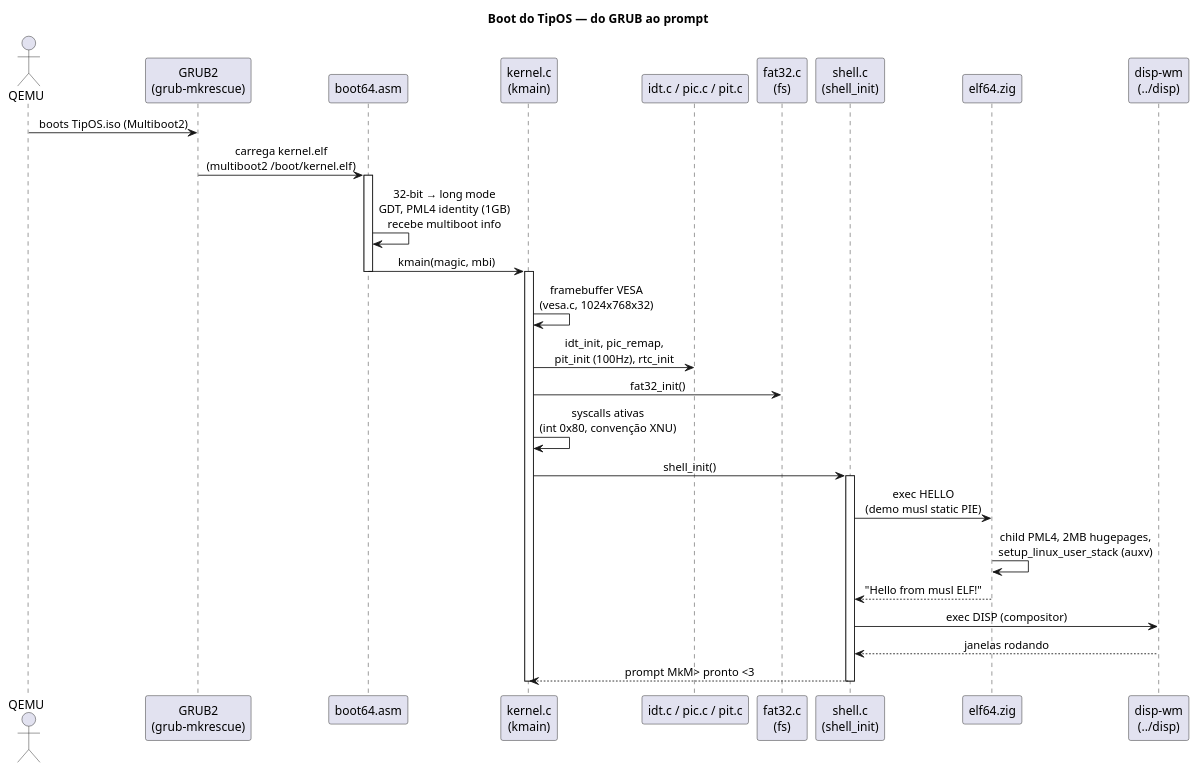
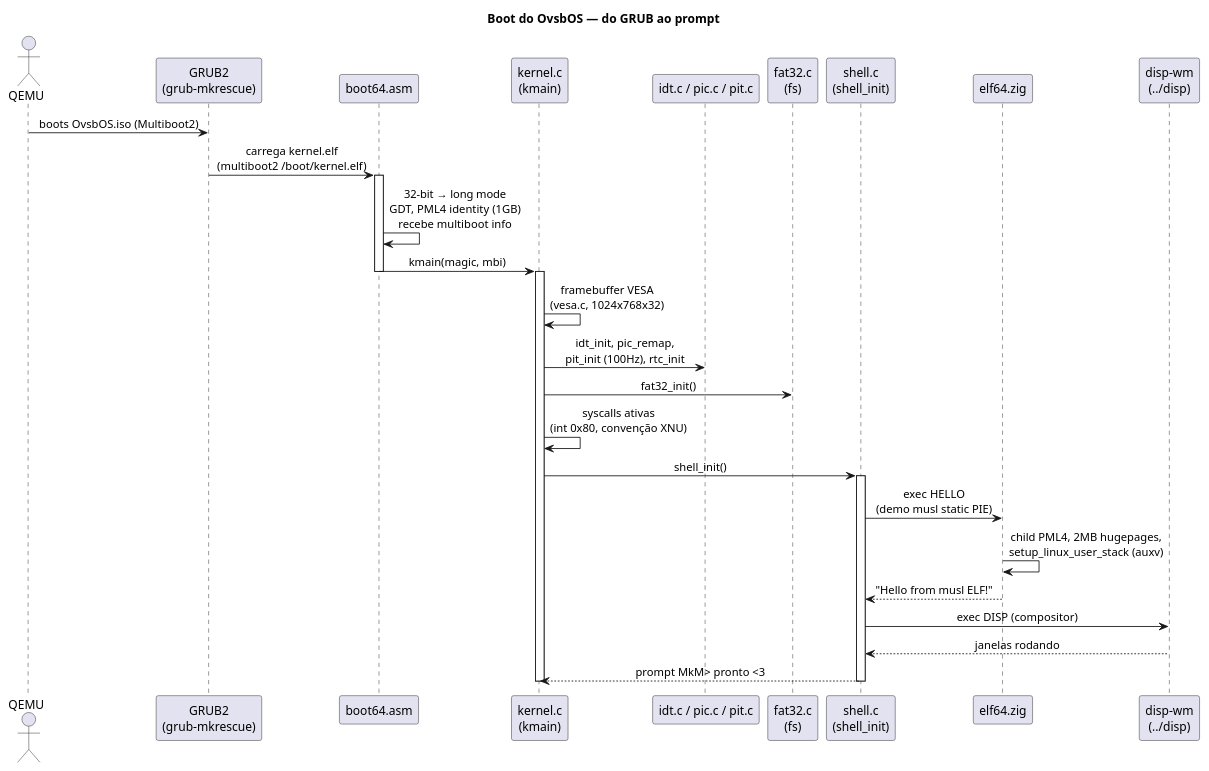
Before and after one commit to Bugs-Appettit-inc/OvsbOs: the diagram in docs/uml/boot.puml, drawn with PlantUML. The commit also changed 49 other files, not shown here.

```diff
--- a/docs/uml/boot.puml
+++ b/docs/uml/boot.puml
@@ -1,43 +1,43 @@
 @startuml
 ' moe moe kyun <3
-' TipOS — sequência de boot
+' OvsbOS — sequência de boot
 ' GRUB2 → boot64.asm → kmain → init completo → shell_init (roda HELLO e DISP)
 
-title Boot do TipOS — do GRUB ao prompt
+title Boot do OvsbOS — do GRUB ao prompt
 
 skinparam shadowing false
 skinparam defaultFontName "SansSerif"
 skinparam sequenceMessageAlign center
 
 actor "QEMU" as qemu
 participant "GRUB2\n(grub-mkrescue)" as grub
 participant "boot64.asm" as boot
 participant "kernel.c\n(kmain)" as k
 participant "idt.c / pic.c / pit.c" as ipi
 participant "fat32.c\n(fs)" as fs
 participant "shell.c\n(shell_init)" as sh
 participant "elf64.zig" as elf
 participant "disp-wm\n(../disp)" as disp
 
-qemu -> grub : boots TipOS.iso (Multiboot2)
+qemu -> grub : boots OvsbOS.iso (Multiboot2)
 grub -> boot : carrega kernel.elf\n(multiboot2 /boot/kernel.elf)
 activate boot
 boot -> boot : 32-bit → long mode\nGDT, PML4 identity (1GB)\nrecebe multiboot info
 boot -> k : kmain(magic, mbi)
 deactivate boot
 activate k
 k -> k : framebuffer VESA\n(vesa.c, 1024x768x32)
 k -> ipi : idt_init, pic_remap,\npit_init (100Hz), rtc_init
 k -> fs : fat32_init()
 k -> k : syscalls ativas\n(int 0x80, convenção XNU)
 k -> sh : shell_init()
 activate sh
 sh -> elf : exec HELLO\n(demo musl static PIE)
 elf -> elf : child PML4, 2MB hugepages,\nsetup_linux_user_stack (auxv)
 elf --> sh : "Hello from musl ELF!"
 sh -> disp : exec DISP (compositor)
 disp --> sh : janelas rodando
 sh --> k : prompt MkM> pronto <3
 deactivate sh
 deactivate k
 @enduml
```
